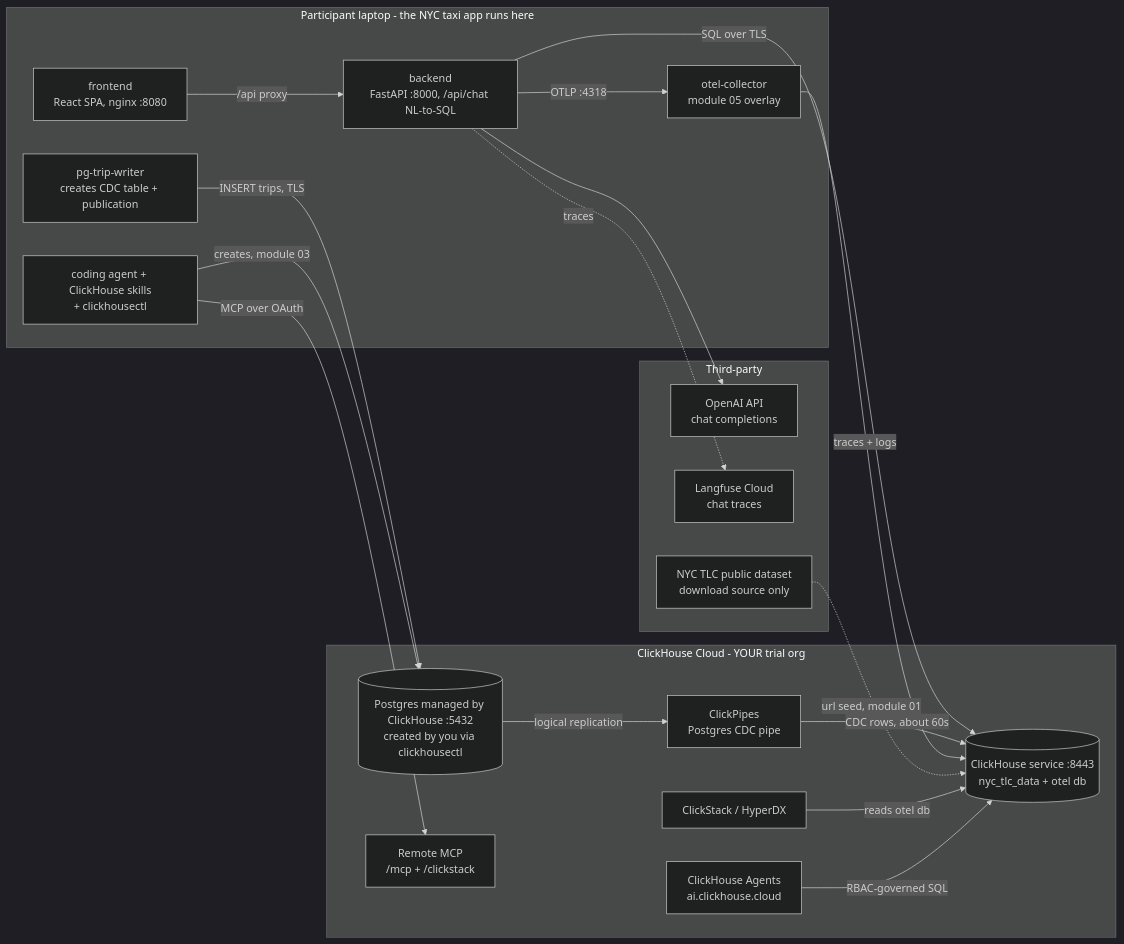
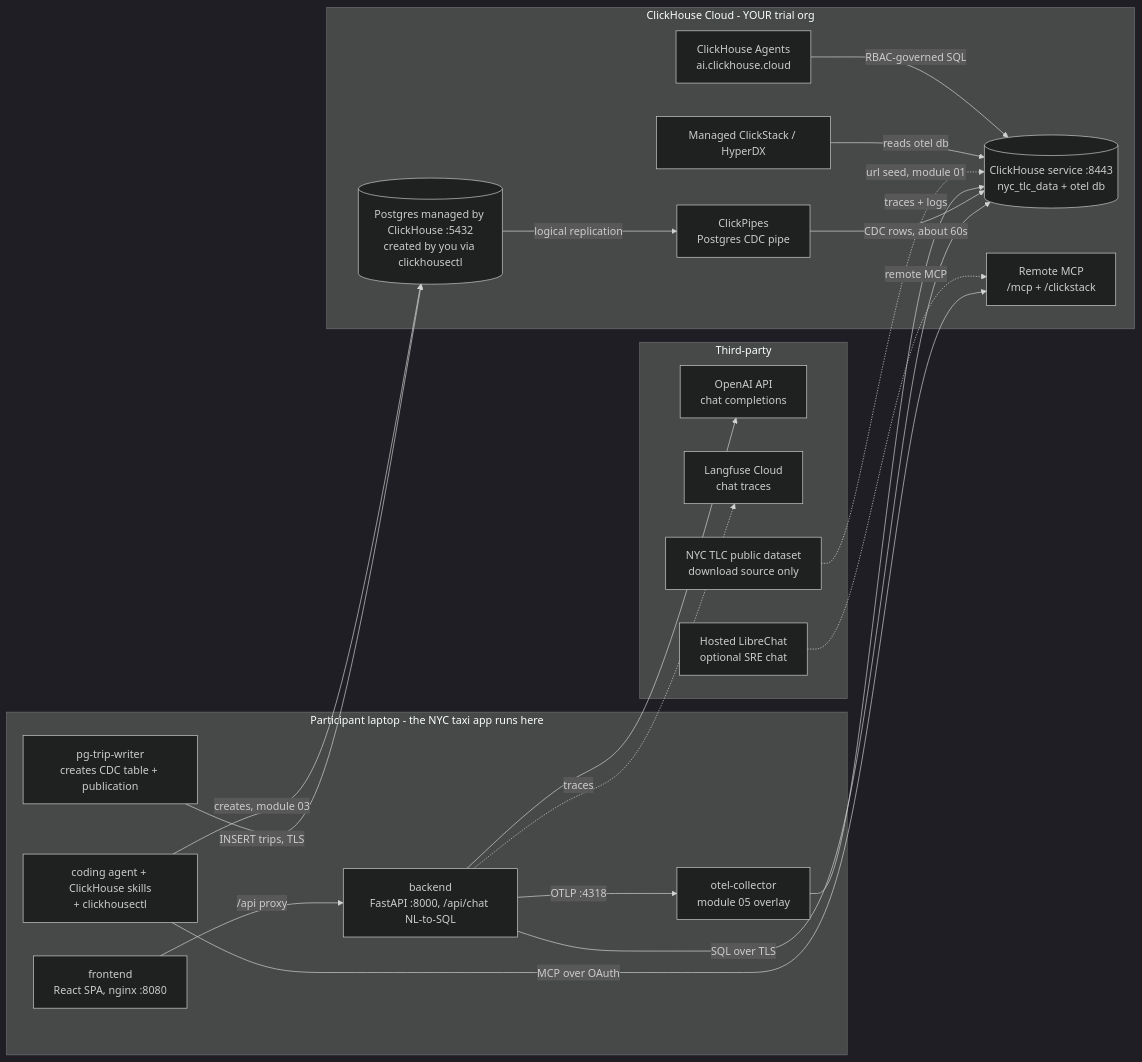
The first of 4 diagrams in workshops/build_workshop/README.md (ClickHouse/ClickHouse_Demos), drawn with Mermaid (dark theme) before and after one commit. The commit also changed other lines of this file and 47 other files, not shown here.

````diff
--- a/workshops/build_workshop/README.md
+++ b/workshops/build_workshop/README.md
@@ -21,40 +21,42 @@
 ```mermaid
 flowchart LR
   subgraph LAPTOP["Participant laptop - the NYC taxi app runs here"]
     FE["frontend<br/>React SPA, nginx :8080"]
     BE["backend<br/>FastAPI :8000, /api/chat NL-to-SQL"]
     GEN["pg-trip-writer<br/>creates CDC table + publication"]
     OC["otel-collector<br/>module 05 overlay"]
     CA["coding agent + ClickHouse skills<br/>+ clickhousectl"]
   end
 
   subgraph CLOUD["ClickHouse Cloud - YOUR trial org"]
     CH[("ClickHouse service :8443<br/>nyc_tlc_data + otel db")]
     PIPE["ClickPipes<br/>Postgres CDC pipe"]
     PG[("Postgres managed by ClickHouse :5432<br/>created by you via clickhousectl")]
-    HDX["ClickStack / HyperDX"]
+    HDX["Managed ClickStack / HyperDX"]
     MCP["Remote MCP<br/>/mcp + /clickstack"]
     AG["ClickHouse Agents<br/>ai.clickhouse.cloud"]
   end
 
   subgraph THIRD["Third-party"]
     OAI["OpenAI API<br/>chat completions"]
     LF["Langfuse Cloud<br/>chat traces"]
+    LC["Hosted LibreChat<br/>optional SRE chat"]
     TLC["NYC TLC public dataset<br/>download source only"]
   end
 
   FE -->|/api proxy| BE
   BE -->|SQL over TLS| CH
   GEN -->|INSERT trips, TLS| PG
   PG -->|logical replication| PIPE
   PIPE -->|CDC rows, about 60s| CH
   BE -->|OTLP :4318| OC
   OC -->|traces + logs| CH
   CA -->|MCP over OAuth| MCP
   CA -->|creates, module 03| PG
   BE --> OAI
   BE -.->|traces| LF
   TLC -.->|url seed, module 01| CH
   HDX -->|reads otel db| CH
   AG -->|RBAC-governed SQL| CH
+  LC -.->|remote MCP| MCP
 ```
````
